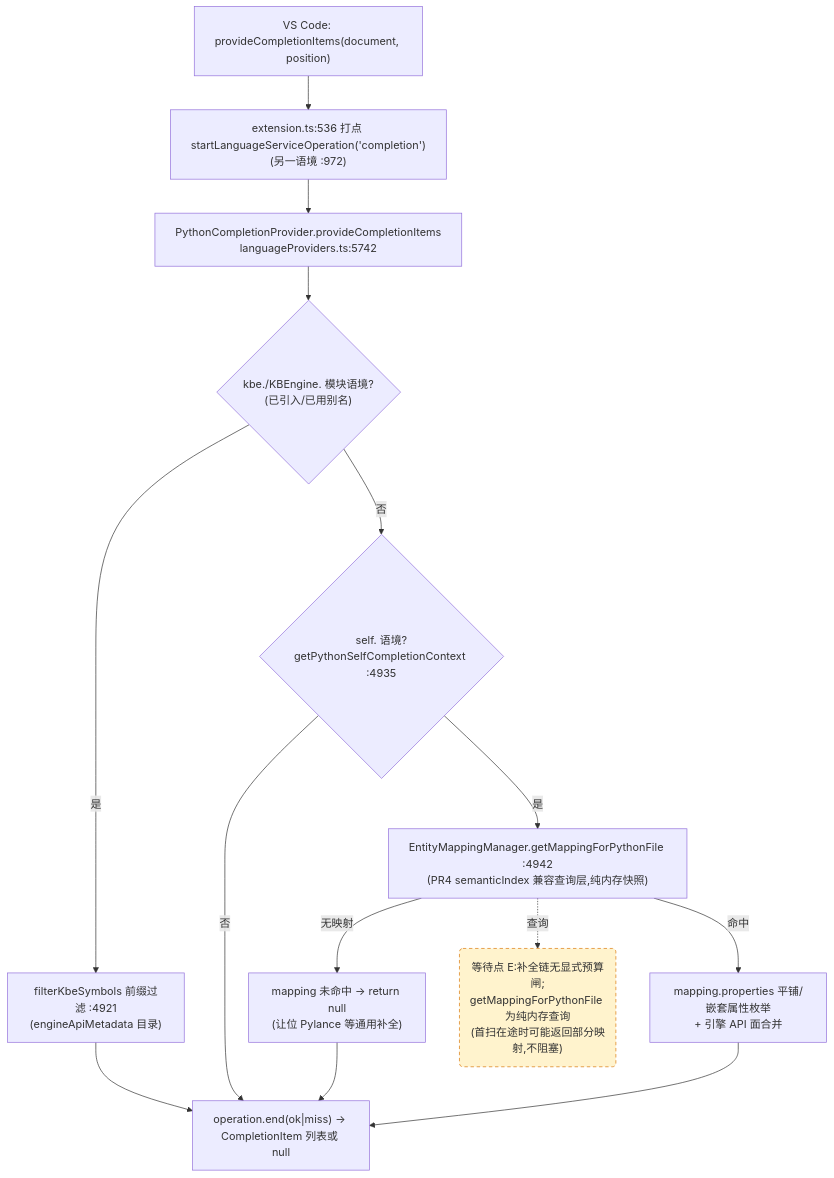
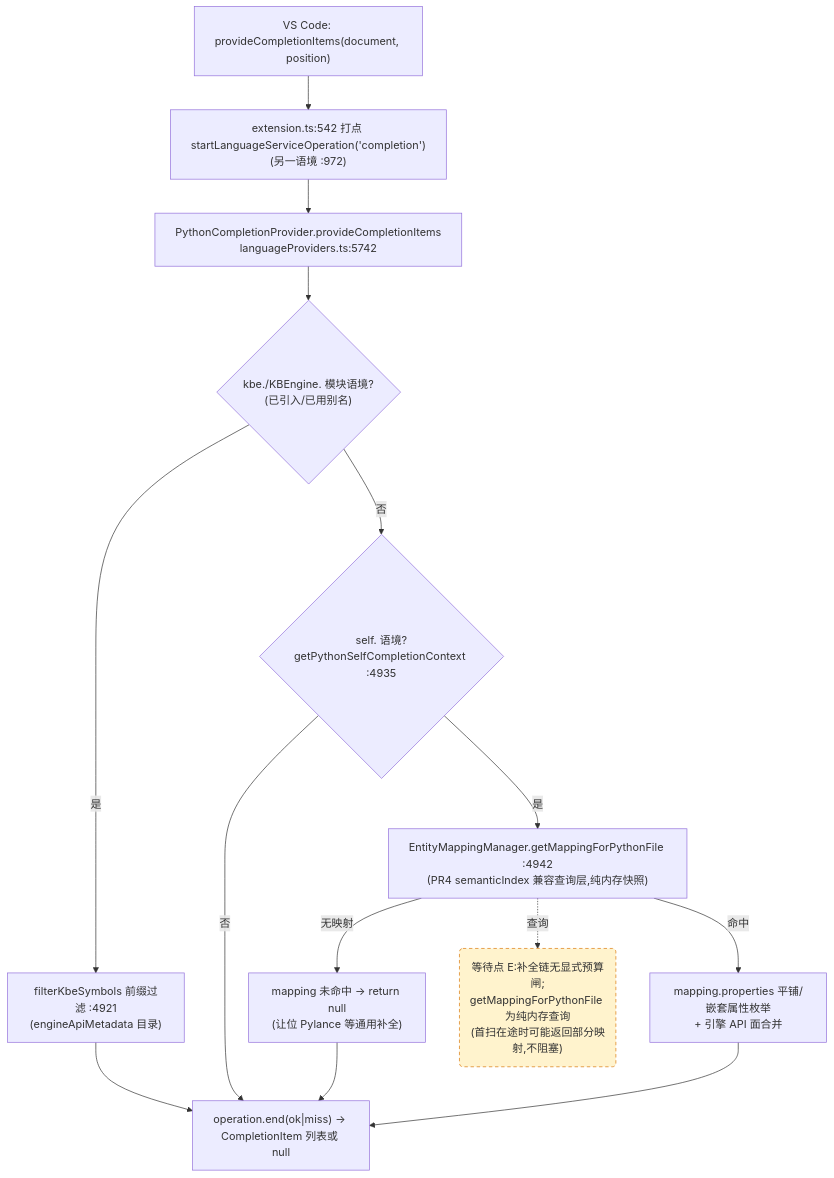
One commit to cuihairu/kode changed the third of 4 diagrams in docs/perf/2026-baseline.md. Above: the diagram before and after it, drawn with Mermaid. The commit also changed other lines of this file and 13 other files, not shown here.

````diff
--- a/docs/perf/2026-baseline.md
+++ b/docs/perf/2026-baseline.md
@@ -184,27 +184,27 @@
 ```mermaid
 flowchart TD
   VC3["VS Code: provideCompletionItems(document, position)"]
-  M3["extension.ts:536 打点 startLanguageServiceOperation('completion')<br/>(另一语境 :972)"]
+  M3["extension.ts:542 打点 startLanguageServiceOperation('completion')<br/>(另一语境 :972)"]
   CP["PythonCompletionProvider.provideCompletionItems<br/>languageProviders.ts:5742"]
   KBEC{"kbe./KBEngine. 模块语境?<br/>(已引入/已用别名)"}
   FILTER["filterKbeSymbols 前缀过滤 :4921<br/>(engineApiMetadata 目录)"]
   SELFC{"self. 语境?<br/>getPythonSelfCompletionContext :4935"}
   MAP["EntityMappingManager.getMappingForPythonFile :4942<br/>(PR4 semanticIndex 兼容查询层,纯内存快照)"]
   NOMAP["mapping 未命中 → return null<br/>(让位 Pylance 等通用补全)"]
   PROPS["mapping.properties 平铺/嵌套属性枚举<br/>+ 引擎 API 面合并"]
   END3["operation.end(ok|miss) → CompletionItem 列表或 null"]
 
   VC3 --> M3 --> CP --> KBEC
   KBEC -- "是" --> FILTER --> END3
   KBEC -- "否" --> SELFC
   SELFC -- "否" --> END3
   SELFC -- "是" --> MAP
   MAP -- "无映射" --> NOMAP --> END3
   MAP -- "命中" --> PROPS --> END3
 
   WAITE("等待点 E:补全链无显式预算闸;<br/>getMappingForPythonFile 为纯内存查询<br/>(首扫在途时可能返回部分映射,不阻塞)")
   MAP -.->|查询| WAITE
 
   classDef waitPoint fill:#fff3cd,stroke:#d97706,stroke-dasharray:5 4;
   class WAITE waitPoint;
 ```
````
